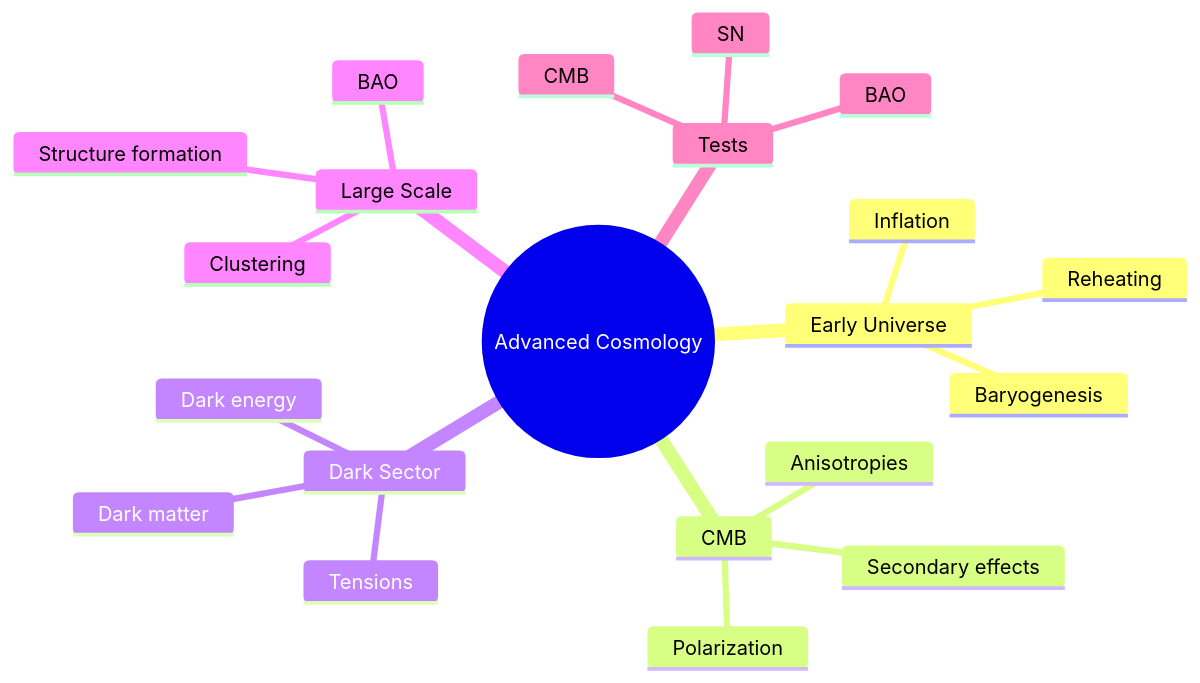
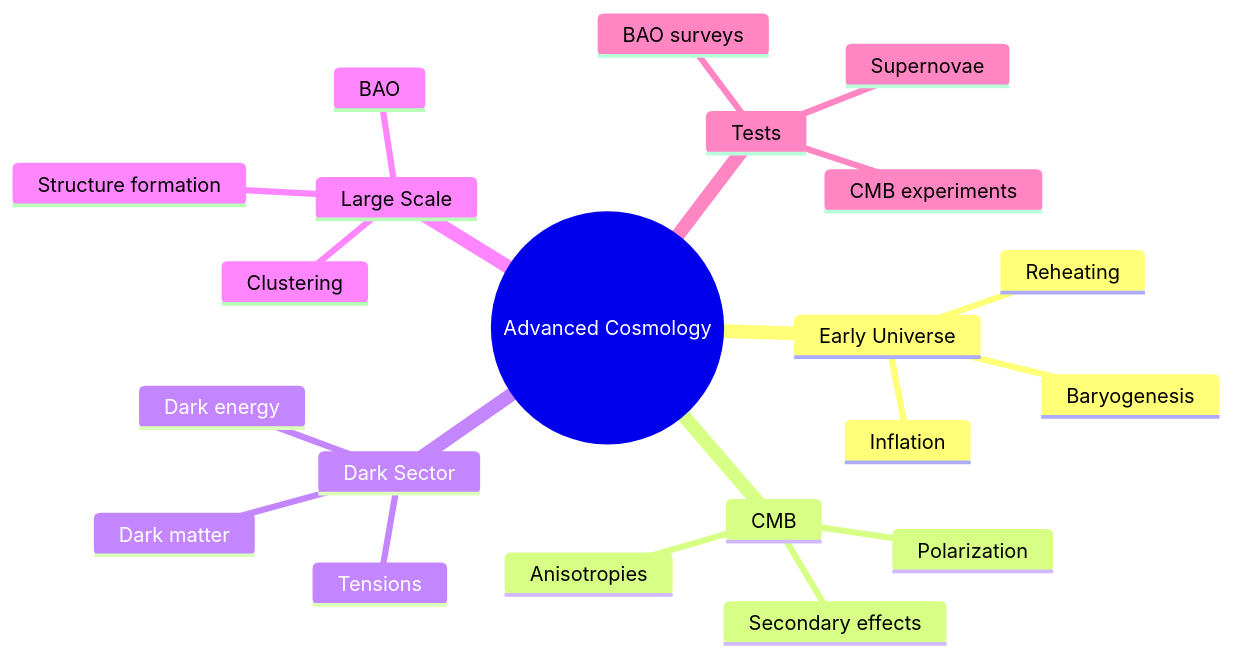
One commit to yip-lgtm/PhysicsSelfStudy changed the first of 5 diagrams in 03_MSc_Physics/electives/MSPY_6510_Cosmology_Advanced/README.md. Above: the diagram before and after it, drawn with Mermaid. The commit also changed other lines of this file and 17 other files, not shown here.

````diff
--- a/03_MSc_Physics/electives/MSPY_6510_Cosmology_Advanced/README.md
+++ b/03_MSc_Physics/electives/MSPY_6510_Cosmology_Advanced/README.md
@@ -229,24 +385,24 @@
 ```mermaid
 mindmap
   root((Advanced Cosmology))
     Early Universe
       Inflation
       Reheating
       Baryogenesis
     CMB
       Anisotropies
       Polarization
       Secondary effects
     Dark Sector
       Dark matter
       Dark energy
       Tensions
     Large Scale
       Structure formation
       BAO
       Clustering
     Tests
-      CMB
-      SN
-      BAO
+      CMB experiments
+      Supernovae
+      BAO surveys
 ```
````
